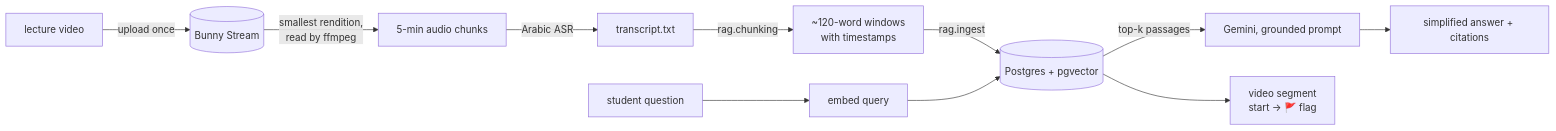
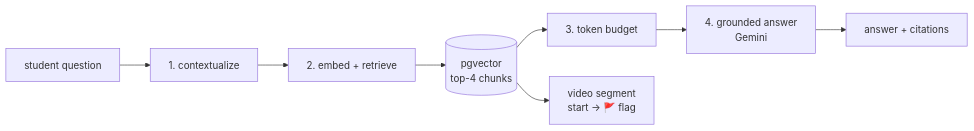
Before and after one commit to tokaM107/Educational-platform---imed: the second of 4 diagrams in README.md, drawn with Mermaid. The commit also changed other lines of this file, not shown here.

````diff
--- a/README.md
+++ b/README.md
@@ -12,13 +168,10 @@
 ```mermaid
 flowchart LR
-    A[lecture video] -->|upload once| Z[(Bunny Stream)]
-    Z -->|smallest rendition,<br/>read by ffmpeg| B[5-min audio chunks]
-    B -->|Arabic ASR| C[transcript.txt]
-    C -->|rag.chunking| D[~120-word windows<br/>with timestamps]
-    D -->|rag.ingest| E[(Postgres + pgvector)]
-    F[student question] --> G[embed query]
-    G --> E
-    E -->|top-k passages| H[Gemini, grounded prompt]
-    H --> I[simplified answer + citations]
-    E --> J[video segment<br/>start → 🚩 flag]
+    Q[student question] --> C[1. contextualize]
+    C --> E[2. embed + retrieve]
+    E --> V[(pgvector<br/>top-4 chunks)]
+    V --> B[3. token budget]
+    B --> L[4. grounded answer<br/>Gemini]
+    L --> ANS[answer + citations]
+    V --> SEG[video segment<br/>start → 🚩 flag]
 ```
````
